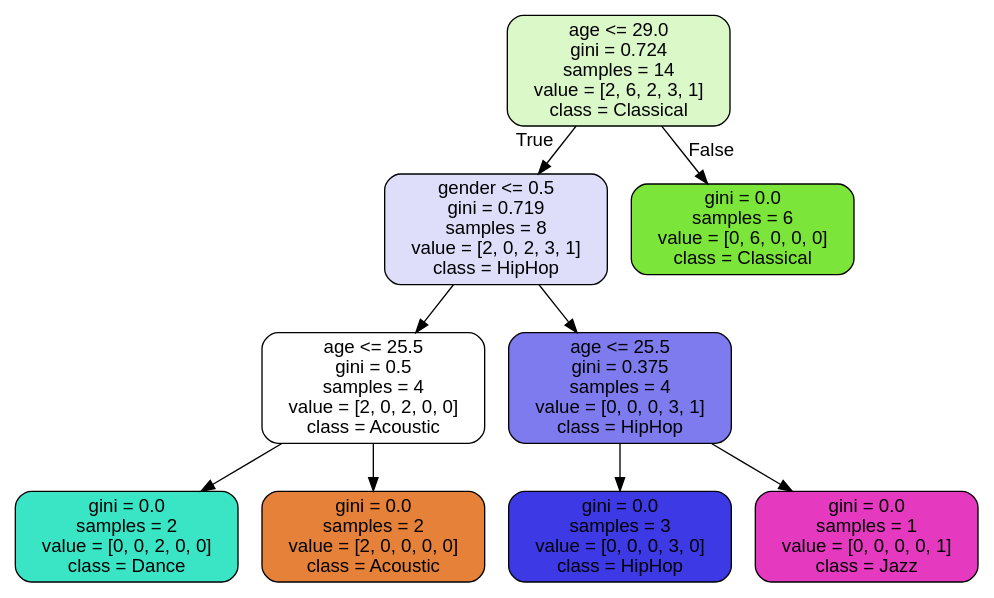
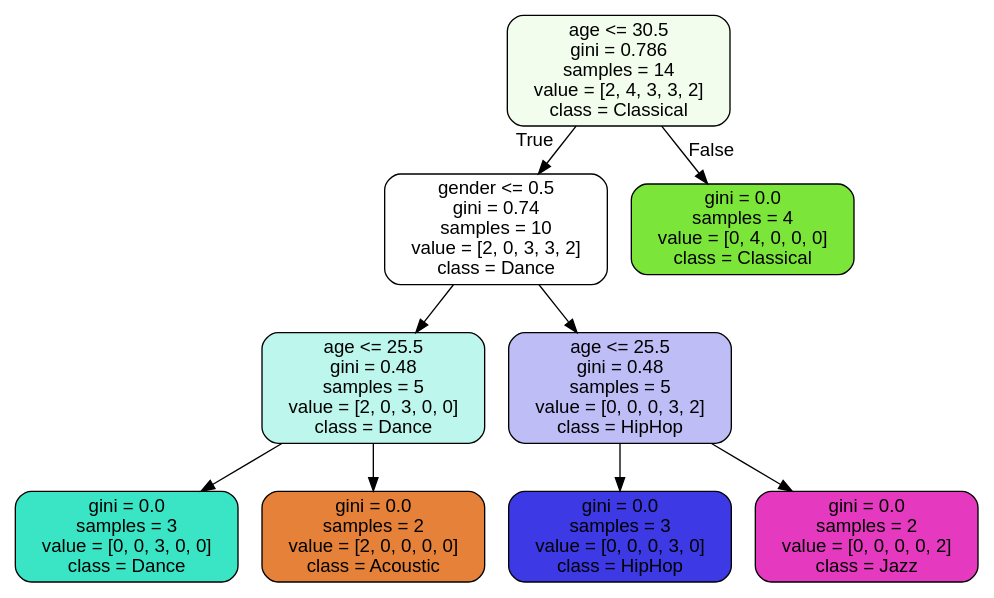
The diagram in Music_identifier.dot (MbuviM/Music_Identifier_ML_Model), drawn with Graphviz before and after one commit. The commit also changed 2 other files, not shown here.

```diff
--- a/Music_identifier.dot
+++ b/Music_identifier.dot
@@ -1,21 +1,21 @@
 digraph Tree {
 node [shape=box, style="filled, rounded", color="black", fontname="helvetica"] ;
 edge [fontname="helvetica"] ;
-0 [label="age <= 29.0\ngini = 0.724\nsamples = 14\nvalue = [2, 6, 2, 3, 1]\nclass = Classical", fillcolor="#dbf8c9"] ;
-1 [label="gender <= 0.5\ngini = 0.719\nsamples = 8\nvalue = [2, 0, 2, 3, 1]\nclass = HipHop", fillcolor="#dedefb"] ;
+0 [label="age <= 30.5\ngini = 0.786\nsamples = 14\nvalue = [2, 4, 3, 3, 2]\nclass = Classical", fillcolor="#f3fded"] ;
+1 [label="gender <= 0.5\ngini = 0.74\nsamples = 10\nvalue = [2, 0, 3, 3, 2]\nclass = Dance", fillcolor="#ffffff"] ;
 0 -> 1 [labeldistance=2.5, labelangle=45, headlabel="True"] ;
-2 [label="age <= 25.5\ngini = 0.5\nsamples = 4\nvalue = [2, 0, 2, 0, 0]\nclass = Acoustic", fillcolor="#ffffff"] ;
+2 [label="age <= 25.5\ngini = 0.48\nsamples = 5\nvalue = [2, 0, 3, 0, 0]\nclass = Dance", fillcolor="#bdf6ec"] ;
 1 -> 2 ;
-3 [label="gini = 0.0\nsamples = 2\nvalue = [0, 0, 2, 0, 0]\nclass = Dance", fillcolor="#39e5c5"] ;
+3 [label="gini = 0.0\nsamples = 3\nvalue = [0, 0, 3, 0, 0]\nclass = Dance", fillcolor="#39e5c5"] ;
 2 -> 3 ;
 4 [label="gini = 0.0\nsamples = 2\nvalue = [2, 0, 0, 0, 0]\nclass = Acoustic", fillcolor="#e58139"] ;
 2 -> 4 ;
-5 [label="age <= 25.5\ngini = 0.375\nsamples = 4\nvalue = [0, 0, 0, 3, 1]\nclass = HipHop", fillcolor="#7d7bee"] ;
+5 [label="age <= 25.5\ngini = 0.48\nsamples = 5\nvalue = [0, 0, 0, 3, 2]\nclass = HipHop", fillcolor="#bebdf6"] ;
 1 -> 5 ;
 6 [label="gini = 0.0\nsamples = 3\nvalue = [0, 0, 0, 3, 0]\nclass = HipHop", fillcolor="#3c39e5"] ;
 5 -> 6 ;
-7 [label="gini = 0.0\nsamples = 1\nvalue = [0, 0, 0, 0, 1]\nclass = Jazz", fillcolor="#e539c0"] ;
+7 [label="gini = 0.0\nsamples = 2\nvalue = [0, 0, 0, 0, 2]\nclass = Jazz", fillcolor="#e539c0"] ;
 5 -> 7 ;
-8 [label="gini = 0.0\nsamples = 6\nvalue = [0, 6, 0, 0, 0]\nclass = Classical", fillcolor="#7be539"] ;
+8 [label="gini = 0.0\nsamples = 4\nvalue = [0, 4, 0, 0, 0]\nclass = Classical", fillcolor="#7be539"] ;
 0 -> 8 [labeldistance=2.5, labelangle=-45, headlabel="False"] ;
 }
```
